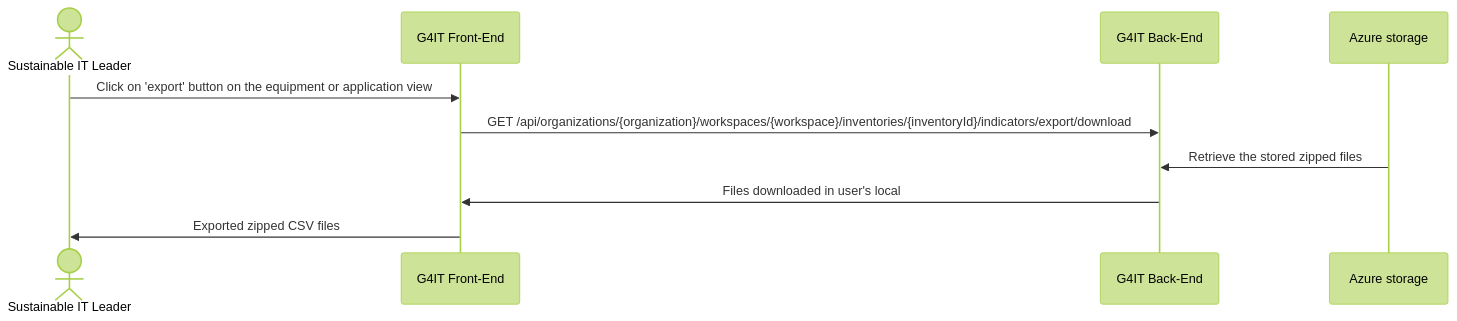
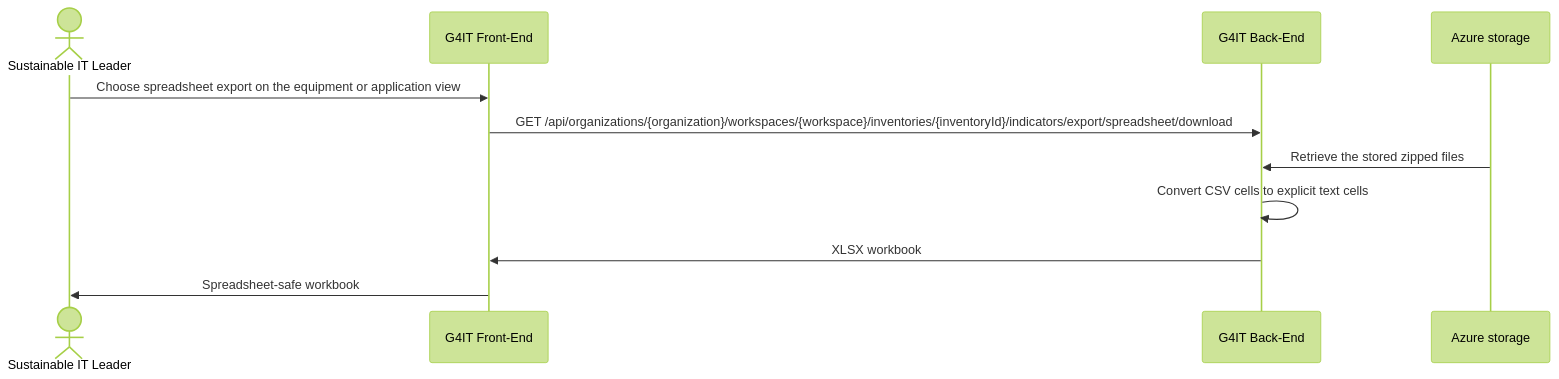
Before and after one commit to teamg4it/g4it: the second of 2 diagrams in services/documentation/content/2-functional-documentation/use_cases/uc_inventory/uc7_export_files.md, drawn with Mermaid (forest theme). The commit also changed other lines of this file and 22 other files, not shown here.

```diff
--- a/services/documentation/content/2-functional-documentation/use_cases/uc_inventory/uc7_export_files.md
+++ b/services/documentation/content/2-functional-documentation/use_cases/uc_inventory/uc7_export_files.md
@@ -93,15 +126,16 @@
 {{< mermaid >}}
 sequenceDiagram
 
 actor RND as Sustainable IT Leader
 participant front as G4IT Front-End
 participant back as G4IT Back-End
 participant azure as Azure storage
 
-    RND ->> front: Click on 'export' button on the equipment or application view
-    front ->> back: GET /api/organizations/{organization}/workspaces/{workspace}/inventories/{inventoryId}/indicators/export/download
+    RND ->> front: Choose spreadsheet export on the equipment or application view
+    front ->> back: GET /api/organizations/{organization}/workspaces/{workspace}/inventories/{inventoryId}/indicators/export/spreadsheet/download
    azure ->> back: Retrieve the stored zipped files
-    back ->> front: Files downloaded in user's local
-    front ->> RND: Exported zipped CSV files
+    back ->> back: Convert CSV cells to explicit text cells
+    back ->> front: XLSX workbook
+    front ->> RND: Spreadsheet-safe workbook
 
 {{</ mermaid >}}
```
